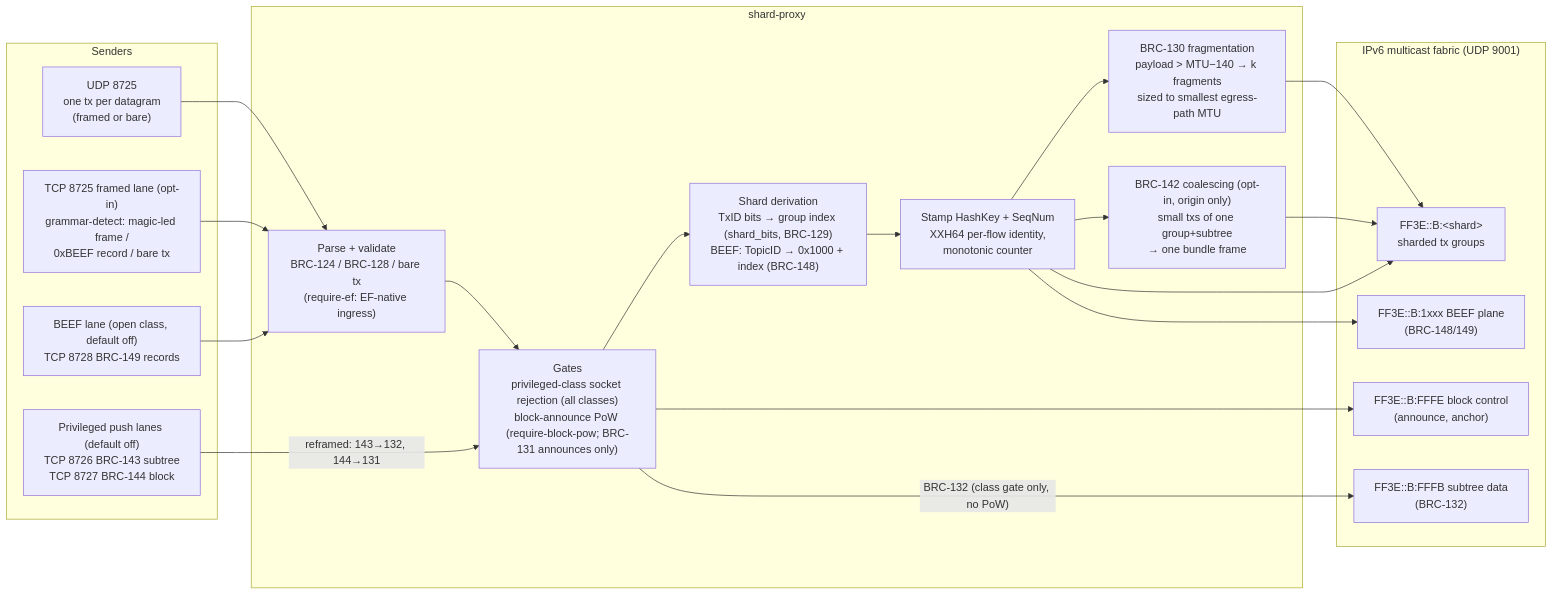
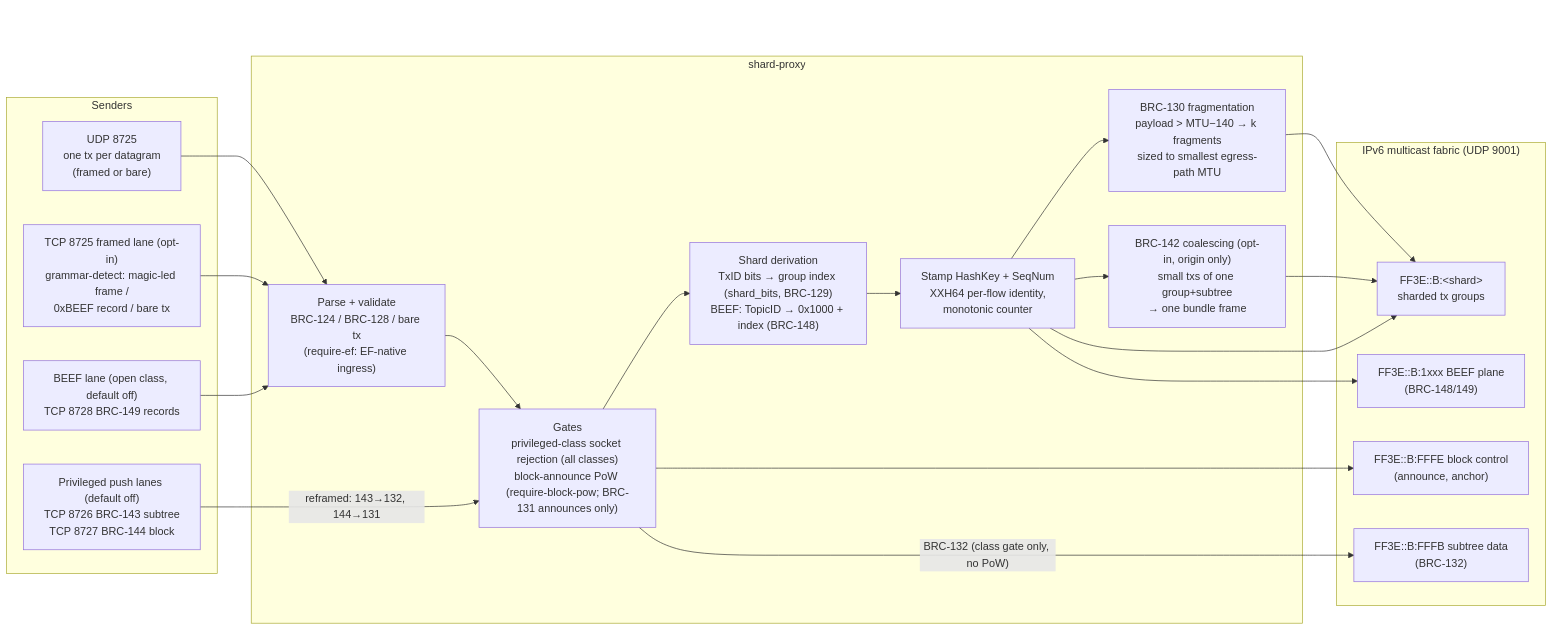
One commit to lightwebinc/bsv-multicast changed the first of 3 diagrams in diagrams/README.md. Above: the diagram before and after it, drawn with Mermaid. The commit also changed other lines of this file, not shown here.

Commit message:
[Fix] diagrams: a spacer where the viewer's controls land
The rendered viewer places its zoom and pan panel over a flowchart's
bottom-right corner, and its mermaid build does not read diagramPadding
for flowcharts. An invisible node in the rightmost rank, below its last
node, is what the panel now covers.

````diff
--- a/diagrams/README.md
+++ b/diagrams/README.md
@@ -18,41 +18,46 @@
 ```mermaid
 flowchart LR
     subgraph senders["Senders"]
         UDPTX["UDP 8725<br/>one tx per datagram<br/>(framed or bare)"]
         TCPTX["TCP 8725 framed lane (opt-in)<br/>grammar-detect: magic-led frame /<br/>0xBEEF record / bare tx"]
         BEEFL["BEEF lane (open class, default off)<br/>TCP 8728 BRC-149 records"]
         PUSH["Privileged push lanes (default off)<br/>TCP 8726 BRC-143 subtree<br/>TCP 8727 BRC-144 block"]
     end
 
     subgraph proxy["shard-proxy"]
         PARSE["Parse + validate<br/>BRC-124 / BRC-128 / bare tx<br/>(require-ef: EF-native ingress)"]
         GATE["Gates<br/>privileged-class socket rejection (all classes)<br/>block-announce PoW (require-block-pow; BRC-131 announces only)"]
         SHARD["Shard derivation<br/>TxID bits → group index (shard_bits, BRC-129)<br/>BEEF: TopicID → 0x1000 + index (BRC-148)"]
         STAMP["Stamp HashKey + SeqNum<br/>XXH64 per-flow identity,<br/>monotonic counter"]
         FRAG["BRC-130 fragmentation<br/>payload > MTU−140 → k fragments<br/>sized to smallest egress-path MTU"]
         COAL["BRC-142 coalescing (opt-in, origin only)<br/>small txs of one group+subtree<br/>→ one bundle frame"]
     end
 
     subgraph fabric["IPv6 multicast fabric (UDP 9001)"]
         SHARDS["FF3E::B:&lt;shard&gt;<br/>sharded tx groups"]
         CTRL["FF3E::B:FFFE block control<br/>(announce, anchor)"]
         SUBD["FF3E::B:FFFB subtree data<br/>(BRC-132)"]
         BEEFG["FF3E::B:1xxx BEEF plane<br/>(BRC-148/149)"]
     end
 
     UDPTX --> PARSE
     TCPTX --> PARSE
     BEEFL --> PARSE
     PUSH -->|"reframed: 143→132, 144→131"| GATE
     PARSE --> GATE
     GATE --> SHARD
     SHARD --> STAMP
     STAMP --> FRAG
     STAMP --> COAL
     FRAG --> SHARDS
     COAL --> SHARDS
     STAMP --> SHARDS
     STAMP --> BEEFG
     GATE --> CTRL
     GATE -->|"BRC-132 (class gate only, no PoW)"| SUBD
+  %% The last node is an invisible spacer in the rightmost rank: the rendered
+  %% viewer places its zoom and pan controls over the bottom-right corner.
+  FRAG ~~~ pad
+  pad["&nbsp;<br/>&nbsp;<br/>&nbsp;<br/>&nbsp;<br/>&nbsp;"]:::pad
+  classDef pad fill:none,stroke:none,color:transparent
 ```
````
